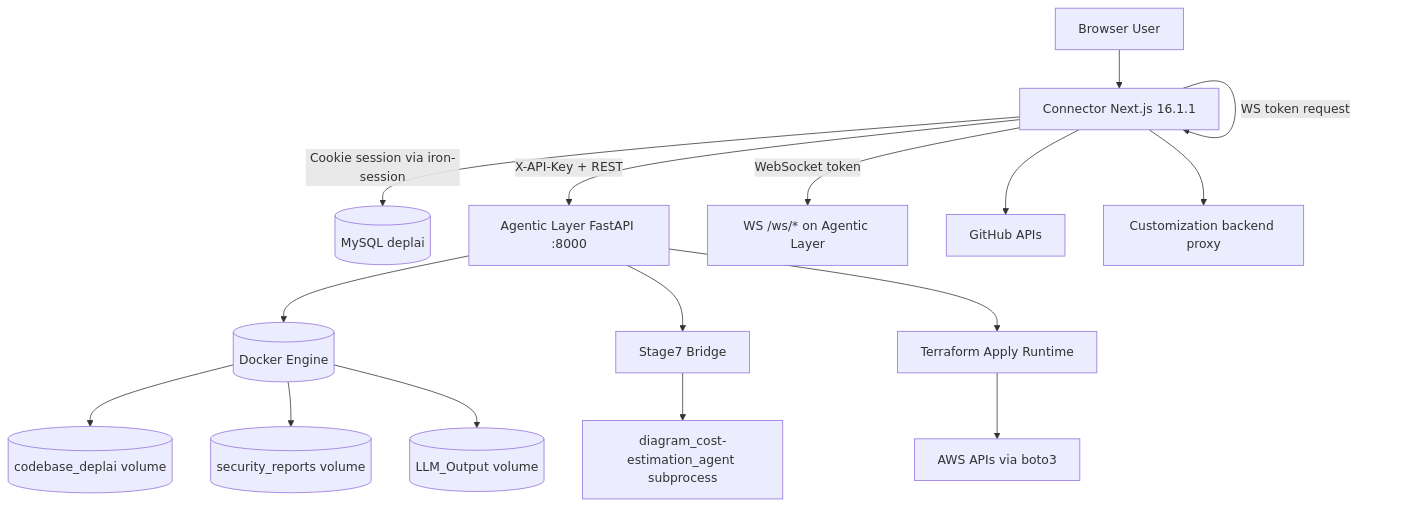
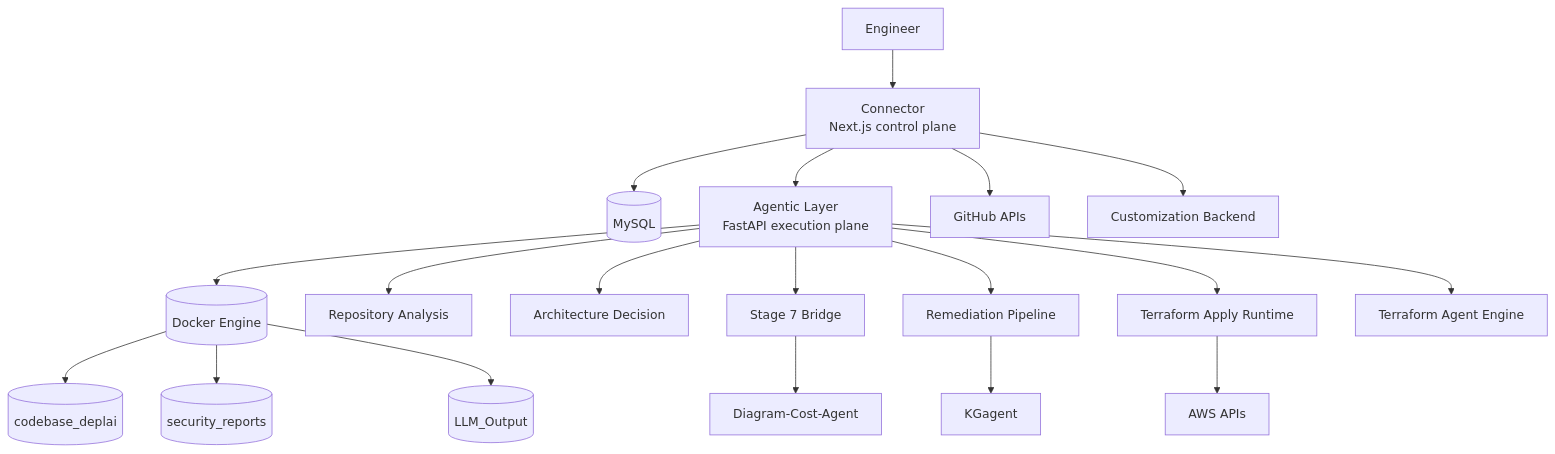
One commit to adityajayashankar/Deplai changed the diagram in README.md. Above: the diagram before and after it, drawn with Mermaid. The commit also changed other lines of this file and 27 other files, not shown here.

````diff
--- a/README.md
+++ b/README.md
@@ -46,21 +28,24 @@
 ```mermaid
 graph TD
-  U[Browser User] --> C[Connector Next.js 16.1.1]
-  C -->|Cookie session via iron-session| DB[(MySQL deplai)]
-  C -->|X-API-Key + REST| A[Agentic Layer FastAPI :8000]
-  C -->|WS token request| C
-  C -->|WebSocket token| AWS[WS /ws/* on Agentic Layer]
+  U[Engineer] --> C[Connector<br/>Next.js control plane]
+  C --> DB[(MySQL)]
+  C --> A[Agentic Layer<br/>FastAPI execution plane]
+  C --> GH[GitHub APIs]
+  C --> CA[Customization Backend]
 
   A --> D[(Docker Engine)]
-  D --> V1[(codebase_deplai volume)]
-  D --> V2[(security_reports volume)]
-  D --> V3[(LLM_Output volume)]
+  D --> V1[(codebase_deplai)]
+  D --> V2[(security_reports)]
+  D --> V3[(LLM_Output)]
 
-  A --> S7[Stage7 Bridge]
-  S7 --> DC[diagram_cost-estimation_agent subprocess]
-  A --> TF[Terraform Apply Runtime]
-  TF --> AWSAPI[AWS APIs via boto3]
+  A --> RP[Repository Analysis]
+  A --> AD[Architecture Decision]
+  A --> S7[Stage 7 Bridge]
+  A --> RA[Remediation Pipeline]
+  A --> TA[Terraform Apply Runtime]
 
-  C --> GH[GitHub APIs]
-  C --> CUST[Customization backend proxy]
+  RA --> KG[KGagent]
+  S7 --> DC[Diagram-Cost-Agent]
+  A --> TF[Terraform Agent Engine]
+  TA --> AWS[AWS APIs]
 ```
````
